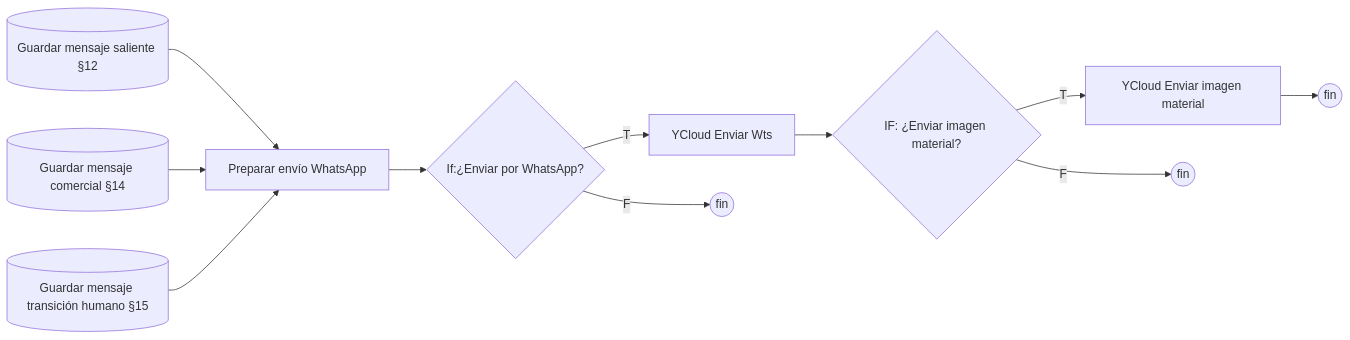
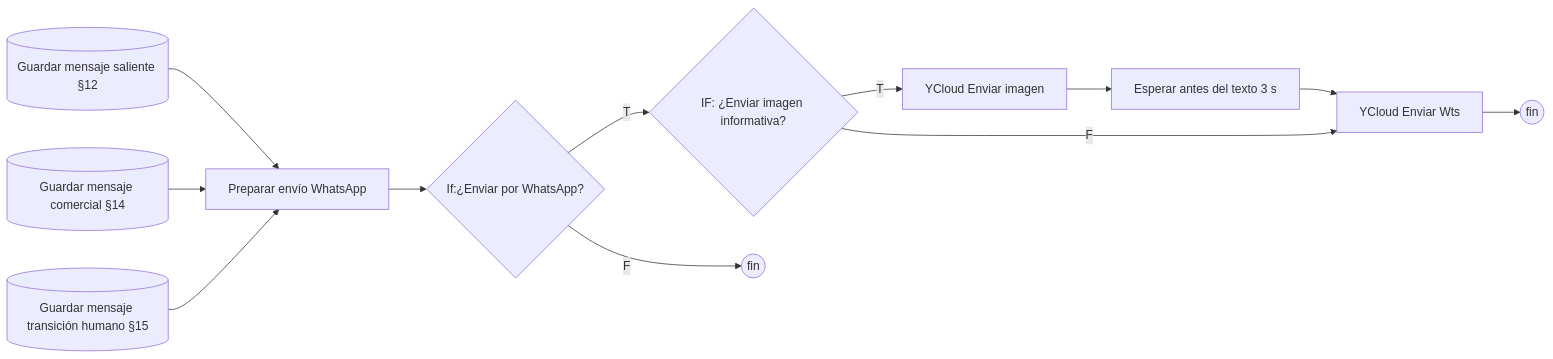
Before and after one commit to Theborycuas/pegaso-n8n: diagram 15 of 15 in docs/FLUJO-WORKFLOW-PEGASO.md, drawn with Mermaid. The commit also changed other lines of this file and 8 other files, not shown here.

````diff
--- a/docs/FLUJO-WORKFLOW-PEGASO.md
+++ b/docs/FLUJO-WORKFLOW-PEGASO.md
@@ -551,11 +551,12 @@
 ```mermaid
 flowchart LR
     GMS[(Guardar mensaje saliente §12)] --> PEW[Preparar envío WhatsApp]
     GMC[(Guardar mensaje comercial §14)] --> PEW
     GMT[(Guardar mensaje transición humano §15)] --> PEW
     PEW --> EW{If:¿Enviar por WhatsApp?}
-    EW -->|T| YS[YCloud Enviar Wts] --> EI{IF: ¿Enviar imagen material?}
-    EI -->|T| YI[YCloud Enviar imagen material] --> F1((fin))
-    EI -->|F| F3((fin))
+    EW -->|T| EI{IF: ¿Enviar imagen informativa?}
+    EI -->|T| YI[YCloud Enviar imagen] --> ESP[Esperar antes del texto 3 s] --> YS[YCloud Enviar Wts]
+    EI -->|F| YS
+    YS --> F1((fin))
     EW -->|F| F2((fin))
 ```
````
